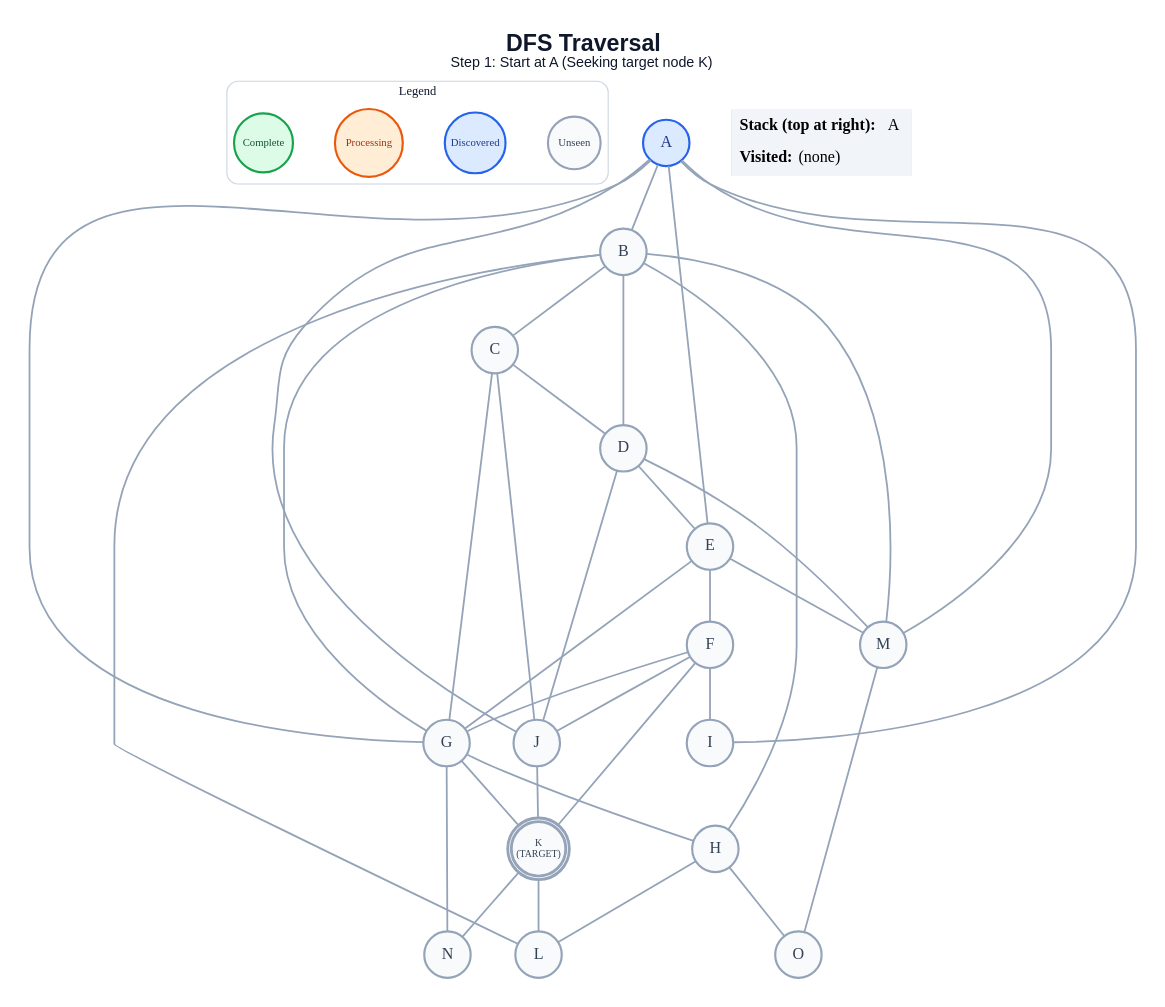
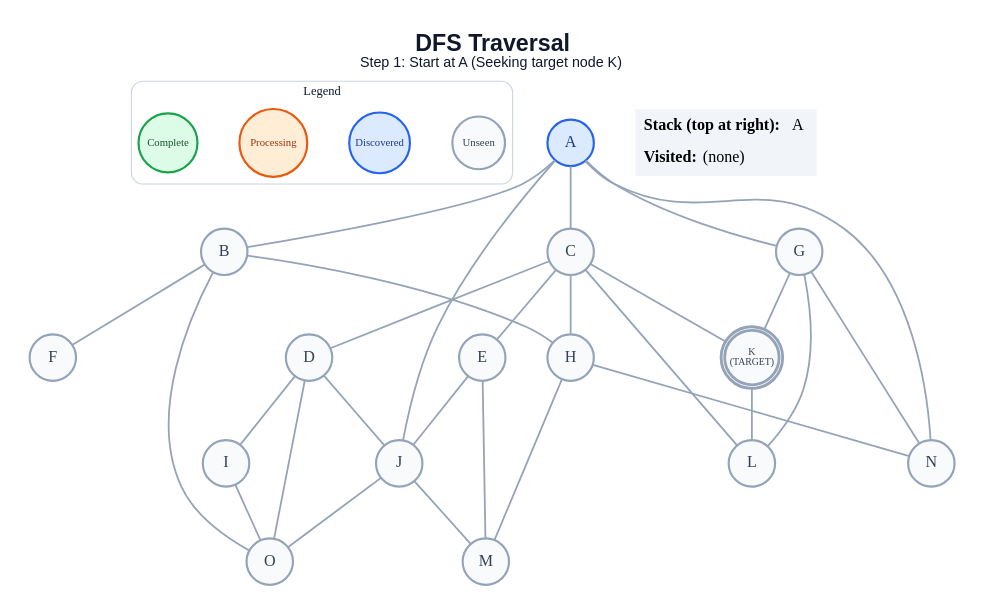
The diagram in generated/dfs/step_01.dot (anon7238593-create/ai-slop), drawn with Graphviz before and after one commit. The commit also changed 282 other files, not shown here.

```diff
--- a/generated/dfs/step_01.dot
+++ b/generated/dfs/step_01.dot
@@ -1,68 +1,61 @@
 graph traversal {
   graph [layout=dot, rankdir=TB, bgcolor="#FFFFFF", pad="0.35", nodesep="0.65", ranksep="0.8", fontname="Arial"];
   node [shape=circle, style="filled", fontname="Arial Bold", fontsize=18, width=0.72, fixedsize=true, penwidth=2.4];
   edge [color="#94A3B8", penwidth=2.0];
   label=<<B>DFS Traversal</B><BR/><FONT POINT-SIZE="16">Step 1: Start at A (Seeking target node K)</FONT>>; labelloc="t"; fontsize=26; fontname="Arial"; fontcolor="#0F172A";
   subgraph cluster_legend { label="Legend"; color="#CBD5E1"; penwidth=1.2; style="rounded"; fontsize=14; fontname="Arial Bold";
     key_unseen [label="Unseen", fillcolor="#F8FAFC", color="#94A3B8", fontcolor="#334155", fontsize=12, width=0.82];
     key_frontier [label="Discovered", fillcolor="#DBEAFE", color="#2563EB", fontcolor="#1E3A8A", fontsize=12, width=0.95];
     key_current [label="Processing", fillcolor="#FFEDD5", color="#EA580C", fontcolor="#9A3412", fontsize=12, width=1.05];
     key_done [label="Complete", fillcolor="#DCFCE7", color="#16A34A", fontcolor="#14532D", fontsize=12, width=0.92];
     { rank=same; key_unseen; key_frontier; key_current; key_done; }
   }
   A [label="A", fillcolor="#DBEAFE", color="#2563EB", fontcolor="#1E3A8A", peripheries=1, penwidth=2.4];
   B [label="B", fillcolor="#F8FAFC", color="#94A3B8", fontcolor="#334155", peripheries=1, penwidth=2.4];
   C [label="C", fillcolor="#F8FAFC", color="#94A3B8", fontcolor="#334155", peripheries=1, penwidth=2.4];
   D [label="D", fillcolor="#F8FAFC", color="#94A3B8", fontcolor="#334155", peripheries=1, penwidth=2.4];
   E [label="E", fillcolor="#F8FAFC", color="#94A3B8", fontcolor="#334155", peripheries=1, penwidth=2.4];
   F [label="F", fillcolor="#F8FAFC", color="#94A3B8", fontcolor="#334155", peripheries=1, penwidth=2.4];
   G [label="G", fillcolor="#F8FAFC", color="#94A3B8", fontcolor="#334155", peripheries=1, penwidth=2.4];
   H [label="H", fillcolor="#F8FAFC", color="#94A3B8", fontcolor="#334155", peripheries=1, penwidth=2.4];
   I [label="I", fillcolor="#F8FAFC", color="#94A3B8", fontcolor="#334155", peripheries=1, penwidth=2.4];
   J [label="J", fillcolor="#F8FAFC", color="#94A3B8", fontcolor="#334155", peripheries=1, penwidth=2.4];
   K [label="K\n(TARGET)", fillcolor="#F8FAFC", color="#94A3B8", fontcolor="#334155", peripheries=2, penwidth=3.2, fontsize=11, width=0.85, height=0.85];
   L [label="L", fillcolor="#F8FAFC", color="#94A3B8", fontcolor="#334155", peripheries=1, penwidth=2.4];
   M [label="M", fillcolor="#F8FAFC", color="#94A3B8", fontcolor="#334155", peripheries=1, penwidth=2.4];
   N [label="N", fillcolor="#F8FAFC", color="#94A3B8", fontcolor="#334155", peripheries=1, penwidth=2.4];
   O [label="O", fillcolor="#F8FAFC", color="#94A3B8", fontcolor="#334155", peripheries=1, penwidth=2.4];
   A -- B;
-  A -- E;
+  A -- C;
   A -- G;
-  A -- I;
   A -- J;
-  A -- M;
-  B -- C;
-  B -- D;
-  B -- G;
+  A -- N;
+  B -- F;
   B -- H;
-  B -- L;
-  B -- M;
+  B -- O;
   C -- D;
-  C -- G;
-  C -- J;
-  D -- E;
+  C -- E;
+  C -- H;
+  C -- K;
+  C -- L;
+  D -- I;
   D -- J;
-  D -- M;
-  E -- F;
-  E -- G;
+  D -- O;
+  E -- J;
   E -- M;
-  F -- G;
-  F -- I;
-  F -- J;
-  F -- K;
-  G -- H;
   G -- K;
+  G -- L;
   G -- N;
-  H -- L;
-  H -- O;
-  J -- K;
+  H -- M;
+  H -- N;
+  I -- O;
+  J -- M;
+  J -- O;
   K -- L;
-  K -- N;
-  M -- O;
   status [shape=plain, fixedsize=false, width=0, height=0, margin=0, label=<
     <TABLE BORDER="0" CELLBORDER="0" CELLPADDING="7" BGCOLOR="#F1F5F9">
       <TR><TD ALIGN="LEFT"><B>Stack (top at right):</B> A</TD></TR>
       <TR><TD ALIGN="LEFT"><B>Visited:</B> (none)</TD></TR>
     </TABLE>
   >];
 }
```
